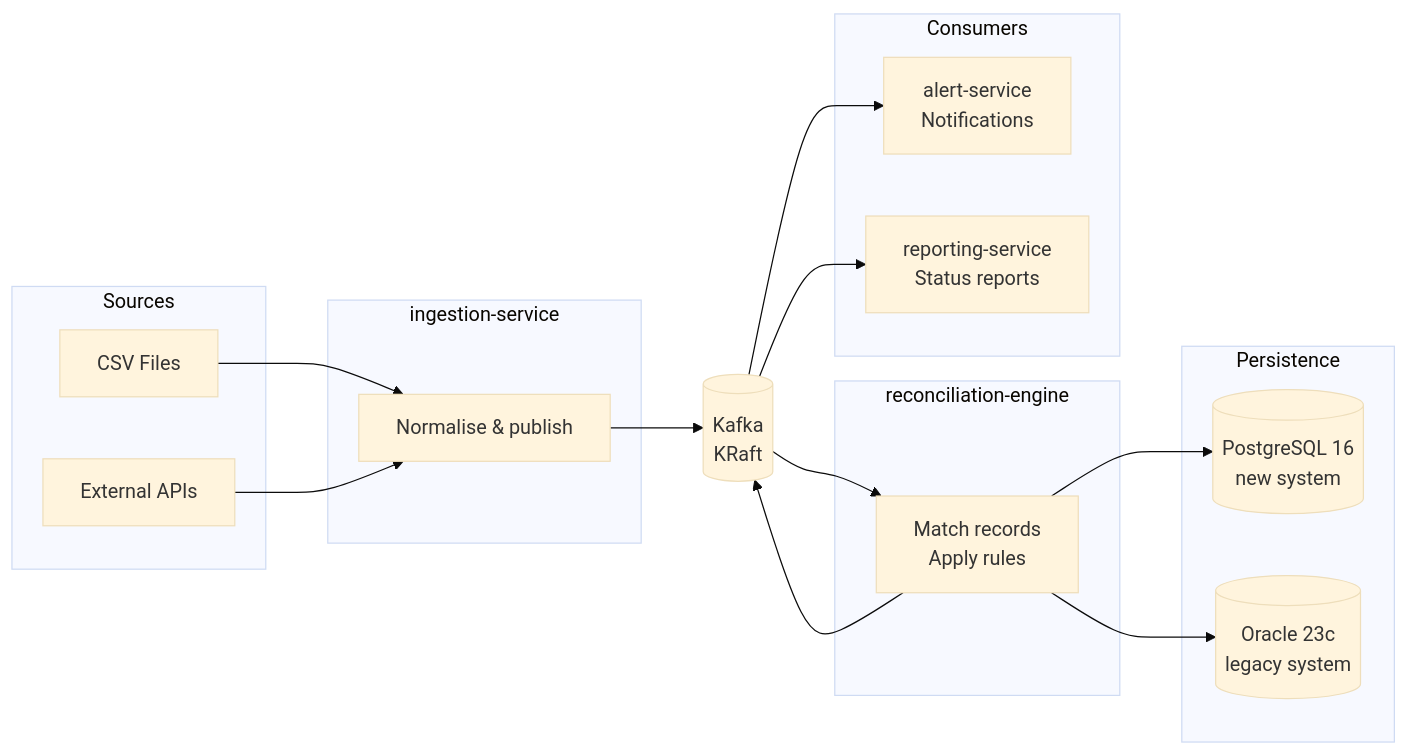
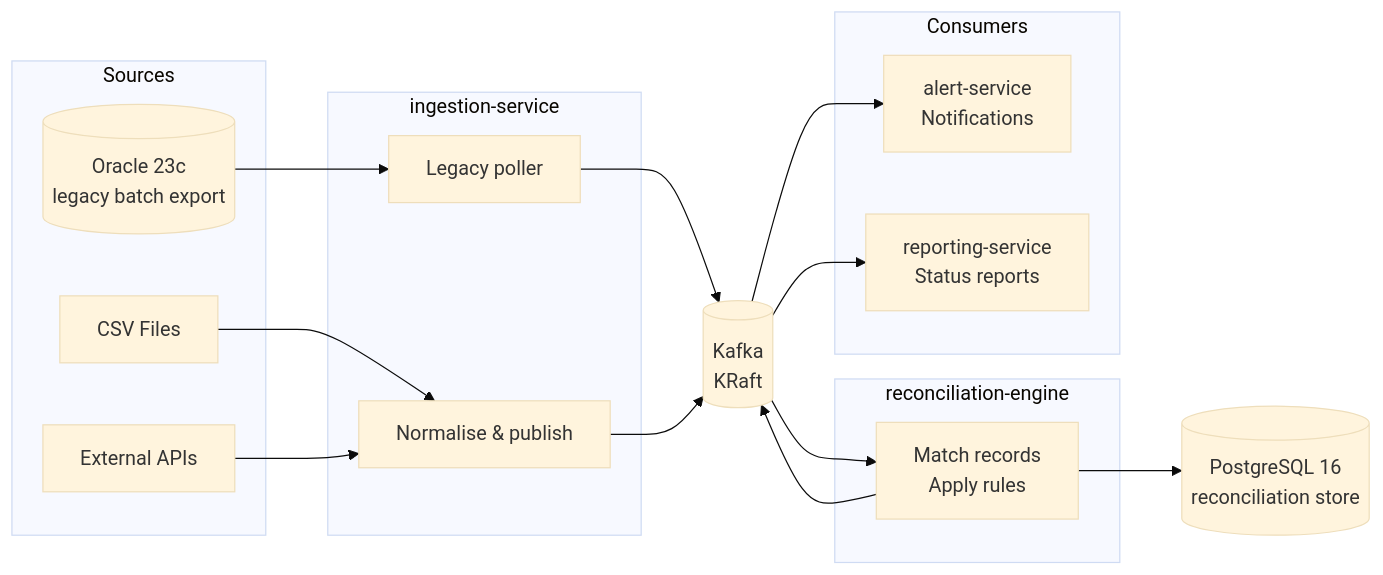
Before and after one commit to pach24/recon-engine: the diagram in README.md, drawn with Mermaid (base theme). The commit also changed other lines of this file and 9 other files, not shown here.

First line of the commit message:
feat: ingest Oracle legacy transactions as a real second source

````diff
--- a/README.md
+++ b/README.md
@@ -17,37 +17,37 @@
 ```mermaid
 flowchart LR
     subgraph Sources
         CSV[CSV Files]
         API[External APIs]
+        ORA[(Oracle 23c\nlegacy batch export)]
     end
 
     subgraph ingestion-service
         ING[Normalise & publish]
+        POLL[Legacy poller]
     end
 
     KAFKA[(Kafka\nKRaft)]
 
     subgraph reconciliation-engine
         REC[Match records\nApply rules]
     end
 
-    subgraph Persistence
-        PG[(PostgreSQL 16\nnew system)]
-        ORA[(Oracle 23c\nlegacy system)]
-    end
+    PG[(PostgreSQL 16\nreconciliation store)]
 
     subgraph Consumers
         ALERT[alert-service\nNotifications]
         REPORT[reporting-service\nStatus reports]
     end
 
     CSV --> ING
     API --> ING
+    ORA --> POLL
+    POLL --> KAFKA
     ING --> KAFKA
     KAFKA --> REC
     REC --> PG
-    REC --> ORA
     REC --> KAFKA
     KAFKA --> ALERT
     KAFKA --> REPORT
 ```
````
